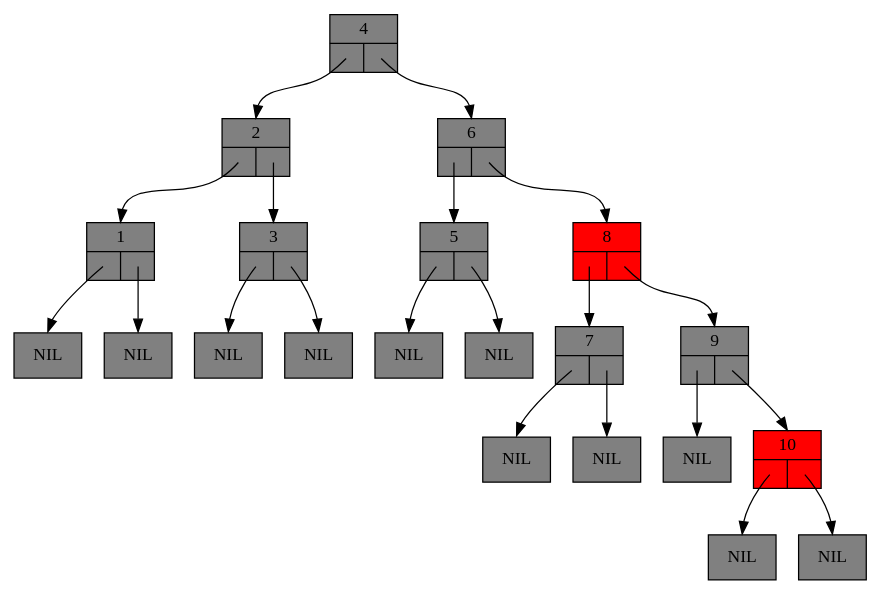
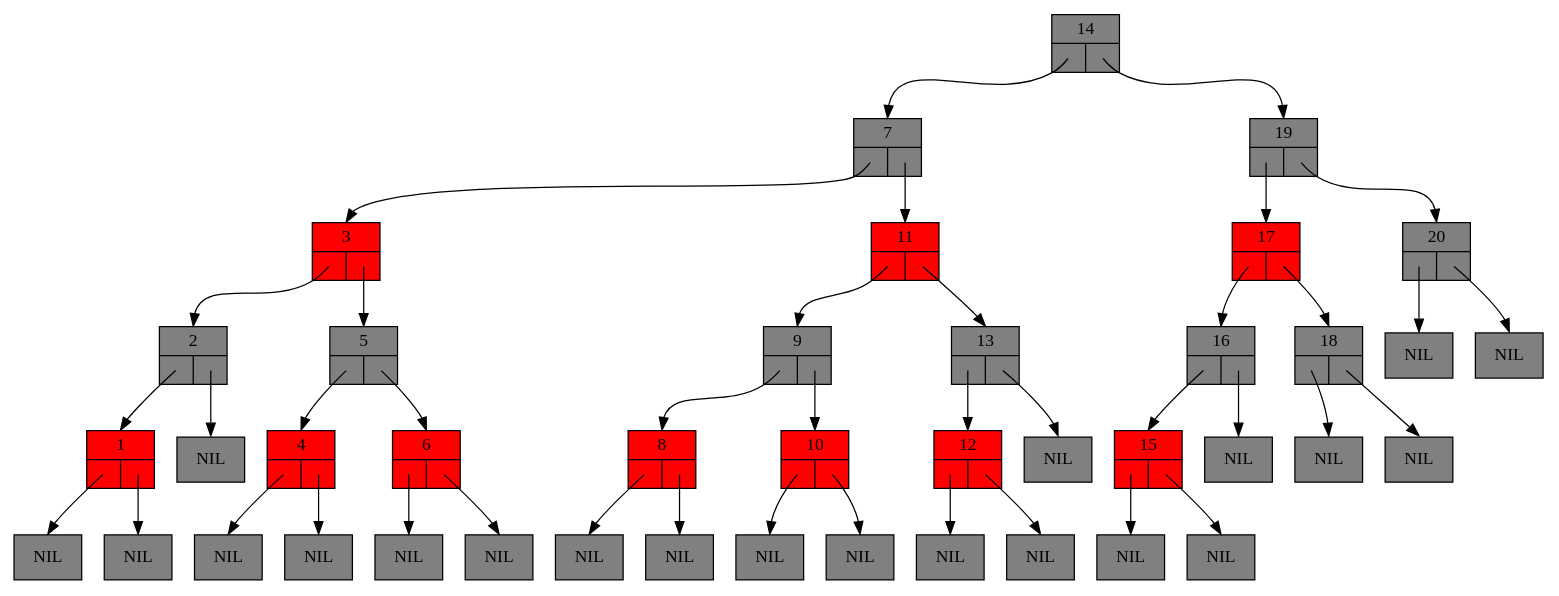
Before and after one commit to Antoinou7/TPAlgo3SD: the diagram in TP6/base_code_lab6/Code/redblacktree_0.dot, drawn with Graphviz. The commit also changed 3 other files, not shown here.

```diff
--- a/TP6/base_code_lab6/Code/redblacktree_0.dot
+++ b/TP6/base_code_lab6/Code/redblacktree_0.dot
@@ -1,47 +1,87 @@
 digraph RedBlackTree {
 	graph [ranksep=0.5];
 	node [shape = record];
 
-	n1 [style=filled, fillcolor=grey, label="{1|{<left>|<right>}}"];
+	n1 [style=filled, fillcolor=red, label="{1|{<left>|<right>}}"];
 	lnil1 [style=filled, fillcolor=grey, label="NIL"];
 	n1:left:c -> lnil1:n [headclip=false, tailclip=false]
 	rnil1 [style=filled, fillcolor=grey, label="NIL"];
 	n1:right:c -> rnil1:n [headclip=false, tailclip=false]
 	n2 [style=filled, fillcolor=grey, label="{2|{<left>|<right>}}"];
 	n2:left:c -> n1:n [headclip=false, tailclip=false]
-	n2:right:c -> n3:n [headclip=false, tailclip=false]
-	n3 [style=filled, fillcolor=grey, label="{3|{<left>|<right>}}"];
-	lnil3 [style=filled, fillcolor=grey, label="NIL"];
-	n3:left:c -> lnil3:n [headclip=false, tailclip=false]
-	rnil3 [style=filled, fillcolor=grey, label="NIL"];
-	n3:right:c -> rnil3:n [headclip=false, tailclip=false]
-	n4 [style=filled, fillcolor=grey, label="{4|{<left>|<right>}}"];
-	n4:left:c -> n2:n [headclip=false, tailclip=false]
-	n4:right:c -> n6:n [headclip=false, tailclip=false]
+	rnil2 [style=filled, fillcolor=grey, label="NIL"];
+	n2:right:c -> rnil2:n [headclip=false, tailclip=false]
+	n3 [style=filled, fillcolor=red, label="{3|{<left>|<right>}}"];
+	n3:left:c -> n2:n [headclip=false, tailclip=false]
+	n3:right:c -> n5:n [headclip=false, tailclip=false]
+	n4 [style=filled, fillcolor=red, label="{4|{<left>|<right>}}"];
+	lnil4 [style=filled, fillcolor=grey, label="NIL"];
+	n4:left:c -> lnil4:n [headclip=false, tailclip=false]
+	rnil4 [style=filled, fillcolor=grey, label="NIL"];
+	n4:right:c -> rnil4:n [headclip=false, tailclip=false]
 	n5 [style=filled, fillcolor=grey, label="{5|{<left>|<right>}}"];
-	lnil5 [style=filled, fillcolor=grey, label="NIL"];
-	n5:left:c -> lnil5:n [headclip=false, tailclip=false]
-	rnil5 [style=filled, fillcolor=grey, label="NIL"];
-	n5:right:c -> rnil5:n [headclip=false, tailclip=false]
-	n6 [style=filled, fillcolor=grey, label="{6|{<left>|<right>}}"];
-	n6:left:c -> n5:n [headclip=false, tailclip=false]
-	n6:right:c -> n8:n [headclip=false, tailclip=false]
+	n5:left:c -> n4:n [headclip=false, tailclip=false]
+	n5:right:c -> n6:n [headclip=false, tailclip=false]
+	n6 [style=filled, fillcolor=red, label="{6|{<left>|<right>}}"];
+	lnil6 [style=filled, fillcolor=grey, label="NIL"];
+	n6:left:c -> lnil6:n [headclip=false, tailclip=false]
+	rnil6 [style=filled, fillcolor=grey, label="NIL"];
+	n6:right:c -> rnil6:n [headclip=false, tailclip=false]
 	n7 [style=filled, fillcolor=grey, label="{7|{<left>|<right>}}"];
-	lnil7 [style=filled, fillcolor=grey, label="NIL"];
-	n7:left:c -> lnil7:n [headclip=false, tailclip=false]
-	rnil7 [style=filled, fillcolor=grey, label="NIL"];
-	n7:right:c -> rnil7:n [headclip=false, tailclip=false]
+	n7:left:c -> n3:n [headclip=false, tailclip=false]
+	n7:right:c -> n11:n [headclip=false, tailclip=false]
 	n8 [style=filled, fillcolor=red, label="{8|{<left>|<right>}}"];
-	n8:left:c -> n7:n [headclip=false, tailclip=false]
-	n8:right:c -> n9:n [headclip=false, tailclip=false]
+	lnil8 [style=filled, fillcolor=grey, label="NIL"];
+	n8:left:c -> lnil8:n [headclip=false, tailclip=false]
+	rnil8 [style=filled, fillcolor=grey, label="NIL"];
+	n8:right:c -> rnil8:n [headclip=false, tailclip=false]
 	n9 [style=filled, fillcolor=grey, label="{9|{<left>|<right>}}"];
-	lnil9 [style=filled, fillcolor=grey, label="NIL"];
-	n9:left:c -> lnil9:n [headclip=false, tailclip=false]
+	n9:left:c -> n8:n [headclip=false, tailclip=false]
 	n9:right:c -> n10:n [headclip=false, tailclip=false]
 	n10 [style=filled, fillcolor=red, label="{10|{<left>|<right>}}"];
 	lnil10 [style=filled, fillcolor=grey, label="NIL"];
 	n10:left:c -> lnil10:n [headclip=false, tailclip=false]
 	rnil10 [style=filled, fillcolor=grey, label="NIL"];
 	n10:right:c -> rnil10:n [headclip=false, tailclip=false]
+	n11 [style=filled, fillcolor=red, label="{11|{<left>|<right>}}"];
+	n11:left:c -> n9:n [headclip=false, tailclip=false]
+	n11:right:c -> n13:n [headclip=false, tailclip=false]
+	n12 [style=filled, fillcolor=red, label="{12|{<left>|<right>}}"];
+	lnil12 [style=filled, fillcolor=grey, label="NIL"];
+	n12:left:c -> lnil12:n [headclip=false, tailclip=false]
+	rnil12 [style=filled, fillcolor=grey, label="NIL"];
+	n12:right:c -> rnil12:n [headclip=false, tailclip=false]
+	n13 [style=filled, fillcolor=grey, label="{13|{<left>|<right>}}"];
+	n13:left:c -> n12:n [headclip=false, tailclip=false]
+	rnil13 [style=filled, fillcolor=grey, label="NIL"];
+	n13:right:c -> rnil13:n [headclip=false, tailclip=false]
+	n14 [style=filled, fillcolor=grey, label="{14|{<left>|<right>}}"];
+	n14:left:c -> n7:n [headclip=false, tailclip=false]
+	n14:right:c -> n19:n [headclip=false, tailclip=false]
+	n15 [style=filled, fillcolor=red, label="{15|{<left>|<right>}}"];
+	lnil15 [style=filled, fillcolor=grey, label="NIL"];
+	n15:left:c -> lnil15:n [headclip=false, tailclip=false]
+	rnil15 [style=filled, fillcolor=grey, label="NIL"];
+	n15:right:c -> rnil15:n [headclip=false, tailclip=false]
+	n16 [style=filled, fillcolor=grey, label="{16|{<left>|<right>}}"];
+	n16:left:c -> n15:n [headclip=false, tailclip=false]
+	rnil16 [style=filled, fillcolor=grey, label="NIL"];
+	n16:right:c -> rnil16:n [headclip=false, tailclip=false]
+	n17 [style=filled, fillcolor=red, label="{17|{<left>|<right>}}"];
+	n17:left:c -> n16:n [headclip=false, tailclip=false]
+	n17:right:c -> n18:n [headclip=false, tailclip=false]
+	n18 [style=filled, fillcolor=grey, label="{18|{<left>|<right>}}"];
+	lnil18 [style=filled, fillcolor=grey, label="NIL"];
+	n18:left:c -> lnil18:n [headclip=false, tailclip=false]
+	rnil18 [style=filled, fillcolor=grey, label="NIL"];
+	n18:right:c -> rnil18:n [headclip=false, tailclip=false]
+	n19 [style=filled, fillcolor=grey, label="{19|{<left>|<right>}}"];
+	n19:left:c -> n17:n [headclip=false, tailclip=false]
+	n19:right:c -> n20:n [headclip=false, tailclip=false]
+	n20 [style=filled, fillcolor=grey, label="{20|{<left>|<right>}}"];
+	lnil20 [style=filled, fillcolor=grey, label="NIL"];
+	n20:left:c -> lnil20:n [headclip=false, tailclip=false]
+	rnil20 [style=filled, fillcolor=grey, label="NIL"];
+	n20:right:c -> rnil20:n [headclip=false, tailclip=false]
 
 }
```
